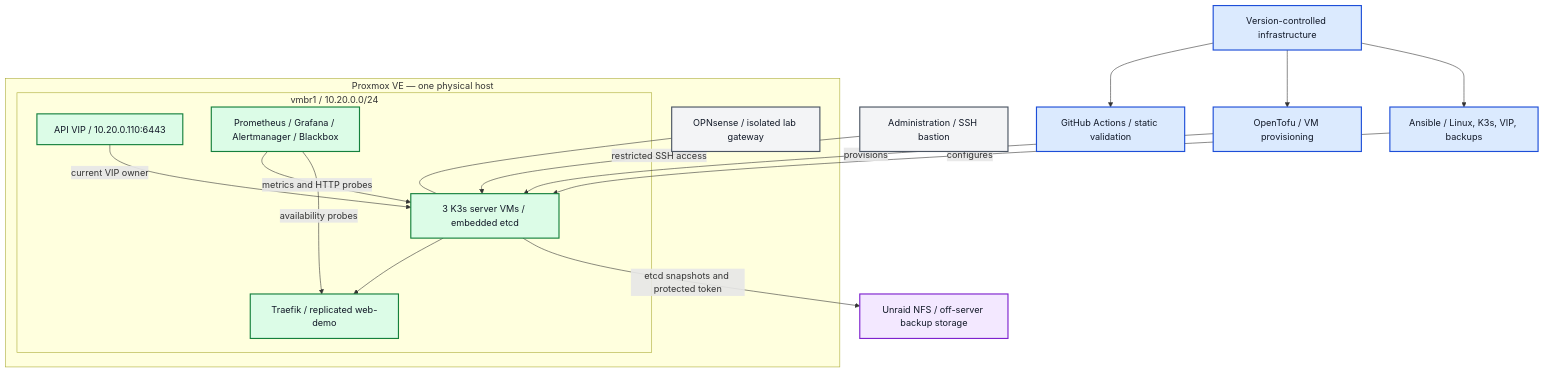
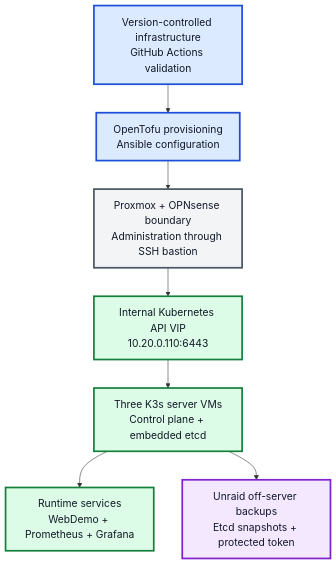
The first of 2 diagrams in README.md (Capasiter/homelab-portfolio), drawn with Mermaid before and after one commit.

Commit message:
docs: simplify architecture diagram for narrow screens

````diff
--- a/README.md
+++ b/README.md
@@ -32,36 +32,27 @@
 ```mermaid
 flowchart TD
-    Git["Version-controlled infrastructure"] --> CI["GitHub Actions / static validation"]
-    Git --> Tofu["OpenTofu / VM provisioning"]
-    Git --> Ansible["Ansible / Linux, K3s, VIP, backups"]
-    Admin["Administration / SSH bastion"]
+    Git["Version-controlled infrastructure<br/>GitHub Actions validation"]
+    Automation["OpenTofu provisioning<br/>Ansible configuration"]
+    Access["Proxmox + OPNsense boundary<br/>Administration through SSH bastion"]
+    VIP["Internal Kubernetes API VIP<br/>10.20.0.110:6443"]
+    Cluster["Three K3s server VMs<br/>Control plane + embedded etcd"]
+    Services["Runtime services<br/>WebDemo + Prometheus + Grafana"]
+    Backup["Unraid off-server backups<br/>Etcd snapshots + protected token"]
 
-    subgraph PVE["Proxmox VE — one physical host"]
-        Gateway["OPNsense / isolated lab gateway"]
-        subgraph Lab["vmbr1 / 10.20.0.0/24"]
-            VIP["API VIP / 10.20.0.110:6443"]
-            Cluster["3 K3s server VMs / embedded etcd"]
-            App["Traefik / replicated web-demo"]
-            Observe["Prometheus / Grafana / Alertmanager / Blackbox"]
-        end
-        Gateway --- Cluster
-        VIP -->|"current VIP owner"| Cluster
-        Cluster --> App
-        Observe -->|"metrics and HTTP probes"| Cluster
-        Observe -->|"availability probes"| App
-    end
+    Git --> Automation
+    Automation --> Access
+    Access --> VIP
+    VIP --> Cluster
+    Cluster --> Services
+    Cluster --> Backup
 
-    Tofu -->|"provisions"| Cluster
-    Ansible -->|"configures"| Cluster
-    Admin -->|"restricted SSH access"| Cluster
-    Cluster -->|"etcd snapshots and protected token"| Backup["Unraid NFS / off-server backup storage"]
+    classDef delivery fill:#DBEAFE,stroke:#1D4ED8,color:#111827,stroke-width:3px,font-size:18px
+    classDef boundary fill:#F3F4F6,stroke:#4B5563,color:#111827,stroke-width:3px,font-size:18px
+    classDef runtime fill:#DCFCE7,stroke:#15803D,color:#111827,stroke-width:3px,font-size:18px
+    classDef recovery fill:#F3E8FF,stroke:#7E22CE,color:#111827,stroke-width:3px,font-size:18px
 
-    classDef delivery fill:#DBEAFE,stroke:#1D4ED8,color:#111827,stroke-width:2px,font-size:16px
-    classDef runtime fill:#DCFCE7,stroke:#15803D,color:#111827,stroke-width:2px,font-size:16px
-    classDef recovery fill:#F3E8FF,stroke:#7E22CE,color:#111827,stroke-width:2px,font-size:16px
-    classDef boundary fill:#F3F4F6,stroke:#4B5563,color:#111827,stroke-width:2px,font-size:16px
-    class Git,CI,Tofu,Ansible delivery
-    class VIP,Cluster,App,Observe runtime
+    class Git,Automation delivery
+    class Access boundary
+    class VIP,Cluster,Services runtime
     class Backup recovery
-    class Admin,Gateway boundary
 ```
````
